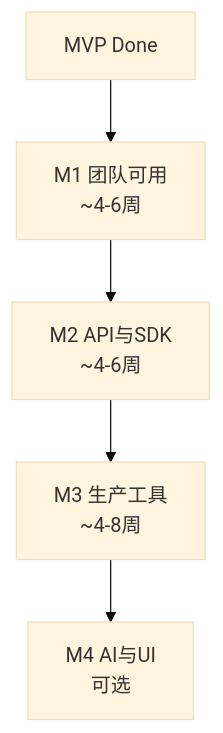
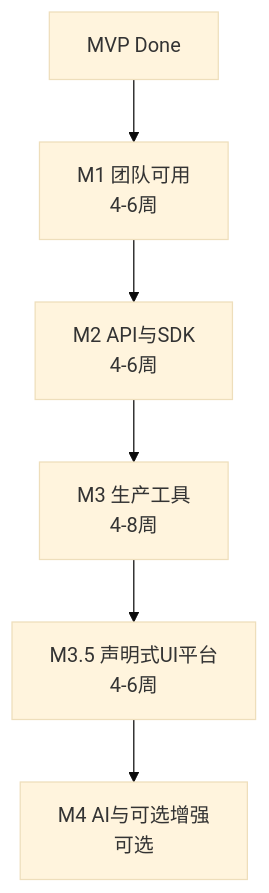
Before and after one commit to Furry-Monster/unity-wasm: the second of 2 diagrams in docs/roadmap.md, drawn with Mermaid (base theme). The commit also changed other lines of this file and 18 other files, not shown here.

````diff
--- a/docs/roadmap.md
+++ b/docs/roadmap.md
@@ -47,8 +119,9 @@
 ```mermaid
 flowchart TB
     MVP["MVP Done"] --> M1
-    M1["M1 团队可用\n~4-6周"] --> M2
-    M2["M2 API与SDK\n~4-6周"] --> M3
-    M3["M3 生产工具\n~4-8周"] --> M4
-    M4["M4 AI与UI\n可选"]
+    M1["M1 团队可用\n4-6周"] --> M2
+    M2["M2 API与SDK\n4-6周"] --> M3
+    M3["M3 生产工具\n4-8周"] --> M35
+    M35["M3.5 声明式UI平台\n4-6周"] --> M4
+    M4["M4 AI与可选增强\n可选"]
 ```
````
